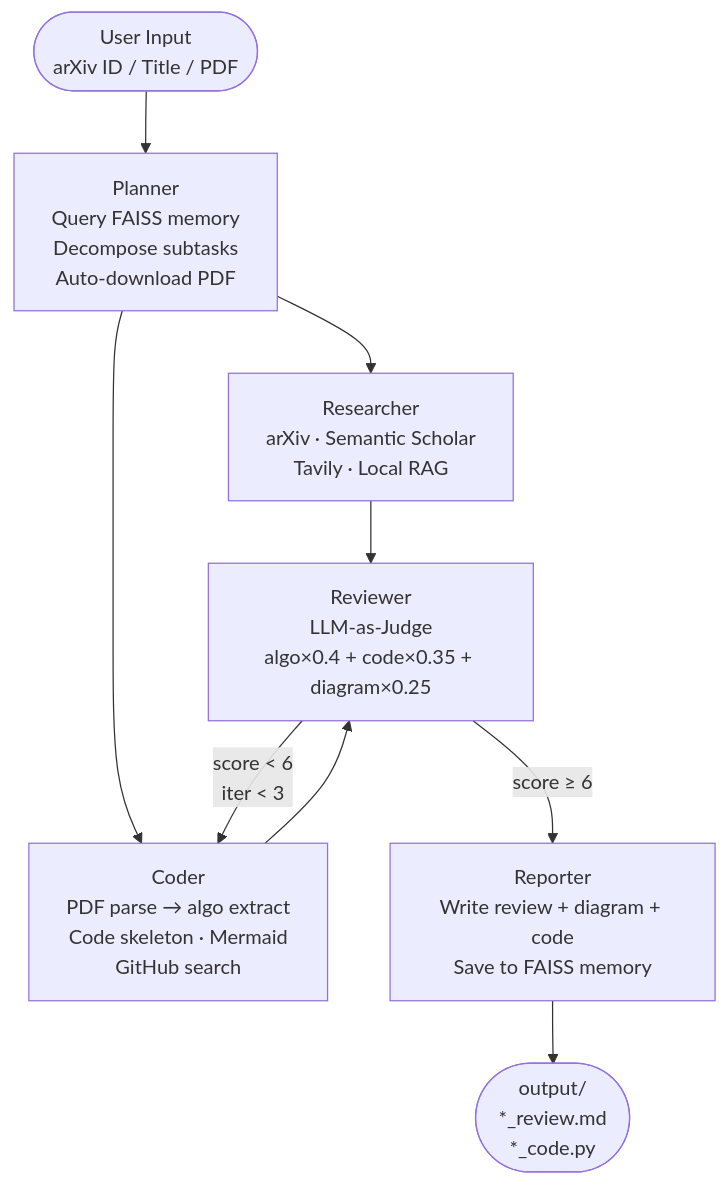
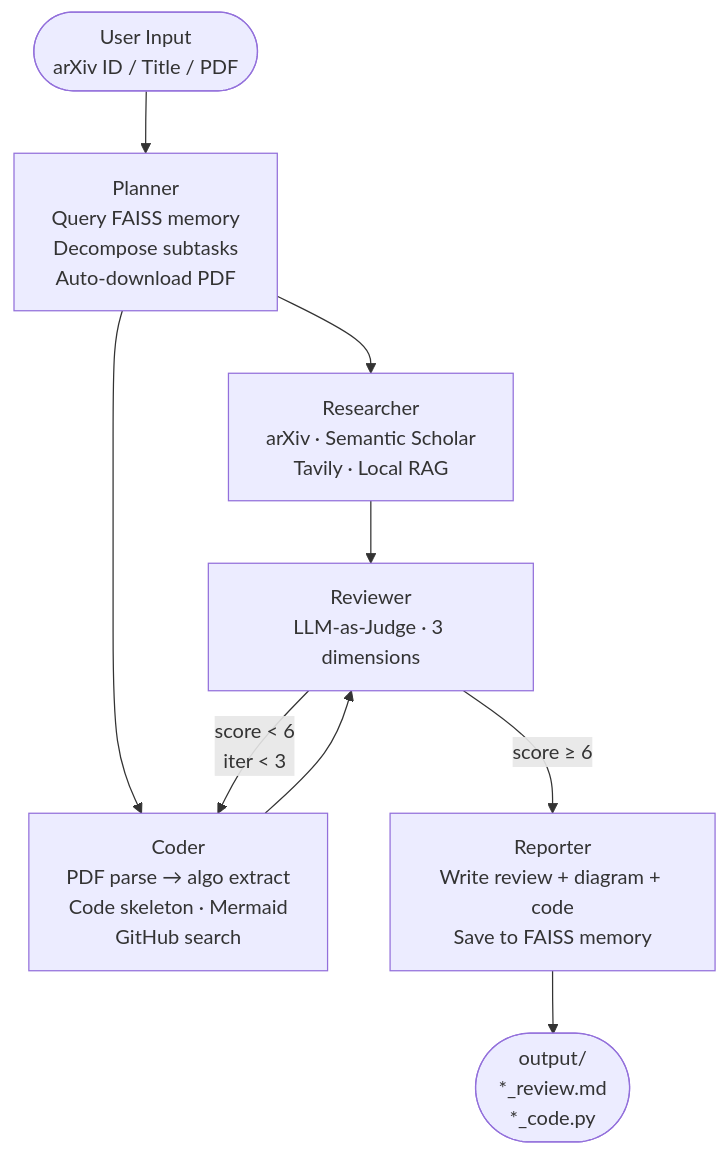
The diagram in README.md (hhc2002/papercoder), drawn with Mermaid before and after one commit. The commit also changed other lines of this file, not shown here.

Commit message:
fix: correct clone URL and simplify Reviewer label in README

````diff
--- a/README.md
+++ b/README.md
@@ -11,11 +11,11 @@
 ```mermaid
 flowchart TD
     A(["User Input\narXiv ID / Title / PDF"]) --> B["Planner\nQuery FAISS memory\nDecompose subtasks\nAuto-download PDF"]
     B --> C["Researcher\narXiv · Semantic Scholar\nTavily · Local RAG"]
     B --> D["Coder\nPDF parse → algo extract\nCode skeleton · Mermaid\nGitHub search"]
-    C --> E["Reviewer\nLLM-as-Judge\nalgo×0.4 + code×0.35 + diagram×0.25"]
+    C --> E["Reviewer\nLLM-as-Judge · 3 dimensions"]
     D --> E
     E -->|"score ≥ 6"| F["Reporter\nWrite review + diagram + code\nSave to FAISS memory"]
     E -->|"score < 6\niter < 3"| D
     F --> G(["output/\n*_review.md\n*_code.py"])
 ```
````
